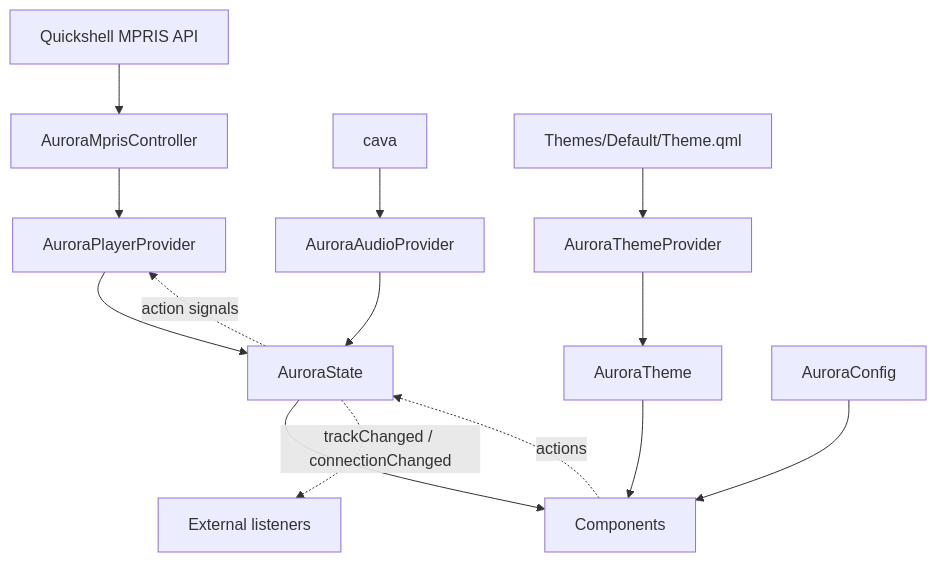
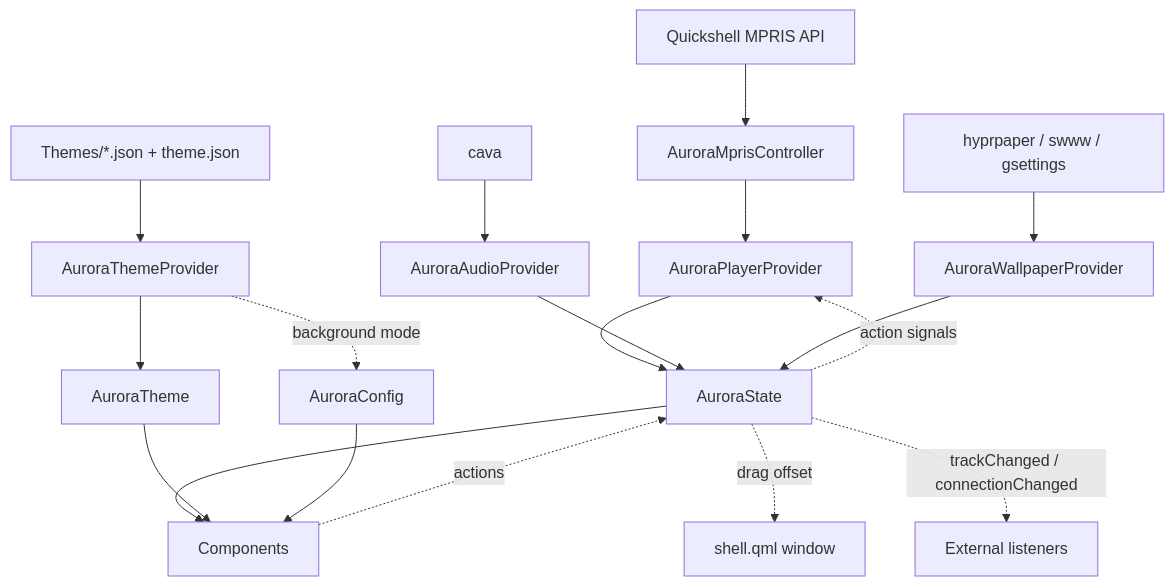
The diagram in Blueprint/DATAFLOW.md (user124-dev/Aurora), drawn with Mermaid before and after one commit. The commit also changed other lines of this file and 11 other files, not shown here.

Commit message:
docs: document wallpaper mode, motion vocabulary, lyrics scroll and window dragging

````diff
--- a/Blueprint/DATAFLOW.md
+++ b/Blueprint/DATAFLOW.md
@@ -5,20 +5,24 @@
 ```mermaid
 flowchart TD
     MPRIS[Quickshell MPRIS API] --> MC[AuroraMprisController]
     MC --> PP[AuroraPlayerProvider]
     CAVA[cava] --> AP[AuroraAudioProvider]
-    PALETTE[Themes/Default/Theme.qml] --> TP[AuroraThemeProvider]
+    PALETTE[Themes/*.json + theme.json] --> TP[AuroraThemeProvider]
+    WALL[hyprpaper / swww / gsettings] --> WP[AuroraWallpaperProvider]
 
     PP --> STATE[AuroraState]
     AP --> STATE
+    WP --> STATE
     TP --> THEME[AuroraTheme]
+    TP -. background mode .-> CONFIG
 
     STATE --> COMP[Components]
     THEME --> COMP
     CONFIG[AuroraConfig] --> COMP
 
     COMP -. actions .-> STATE
     STATE -. action signals .-> PP
+    STATE -. drag offset .-> SHELL[shell.qml window]
 
     STATE -. trackChanged / connectionChanged .-> LISTENERS[External listeners]
 ```
````
